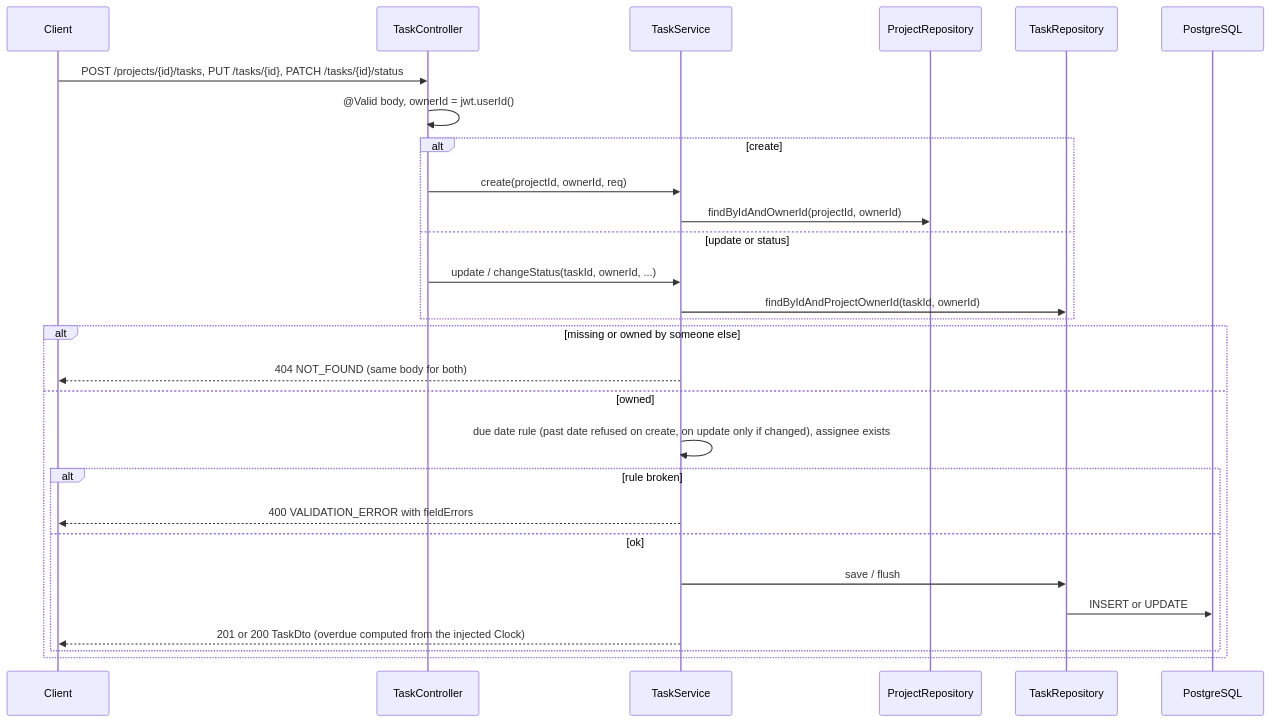
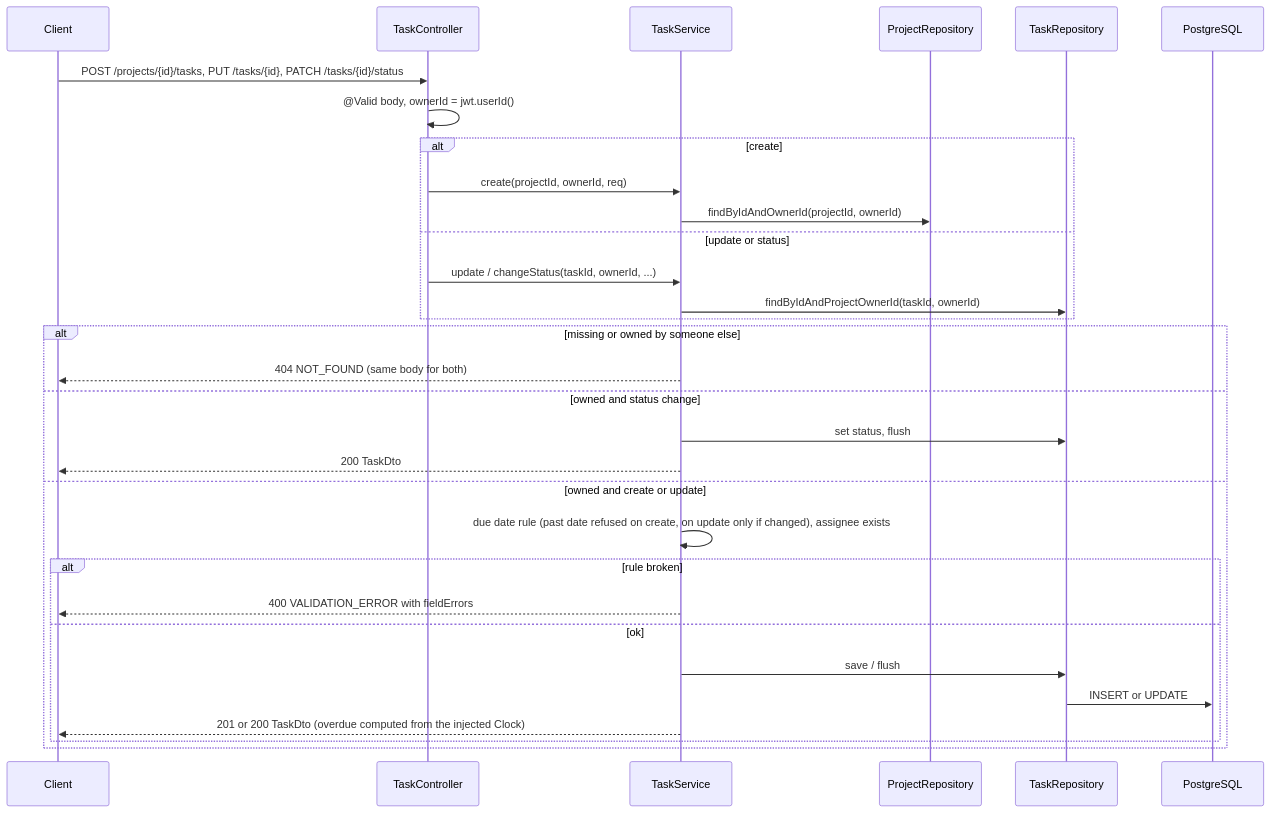
The tenth of 14 diagrams in docs/diagrams/architecture.md (chaudhary-lakshay/taskflow), drawn with Mermaid before and after one commit. The commit also changed other lines of this file and 3 other files, not shown here.

Commit message:
docs: address review of diagrams and audit

````diff
--- a/docs/diagrams/architecture.md
+++ b/docs/diagrams/architecture.md
@@ -342,30 +344,33 @@
 ```mermaid
 sequenceDiagram
   participant C as Client
   participant K as TaskController
   participant S as TaskService
   participant PR as ProjectRepository
   participant TR as TaskRepository
   participant DB as PostgreSQL
   C->>K: POST /projects/{id}/tasks, PUT /tasks/{id}, PATCH /tasks/{id}/status
   K->>K: @Valid body, ownerId = jwt.userId()
   alt create
     K->>S: create(projectId, ownerId, req)
     S->>PR: findByIdAndOwnerId(projectId, ownerId)
   else update or status
     K->>S: update / changeStatus(taskId, ownerId, ...)
     S->>TR: findByIdAndProjectOwnerId(taskId, ownerId)
   end
   alt missing or owned by someone else
     S-->>C: 404 NOT_FOUND (same body for both)
-  else owned
+  else owned and status change
+    S->>TR: set status, flush
+    S-->>C: 200 TaskDto
+  else owned and create or update
     S->>S: due date rule (past date refused on create, on update only if changed), assignee exists
     alt rule broken
       S-->>C: 400 VALIDATION_ERROR with fieldErrors
     else ok
       S->>TR: save / flush
       TR->>DB: INSERT or UPDATE
       S-->>C: 201 or 200 TaskDto (overdue computed from the injected Clock)
     end
   end
 ```
````
